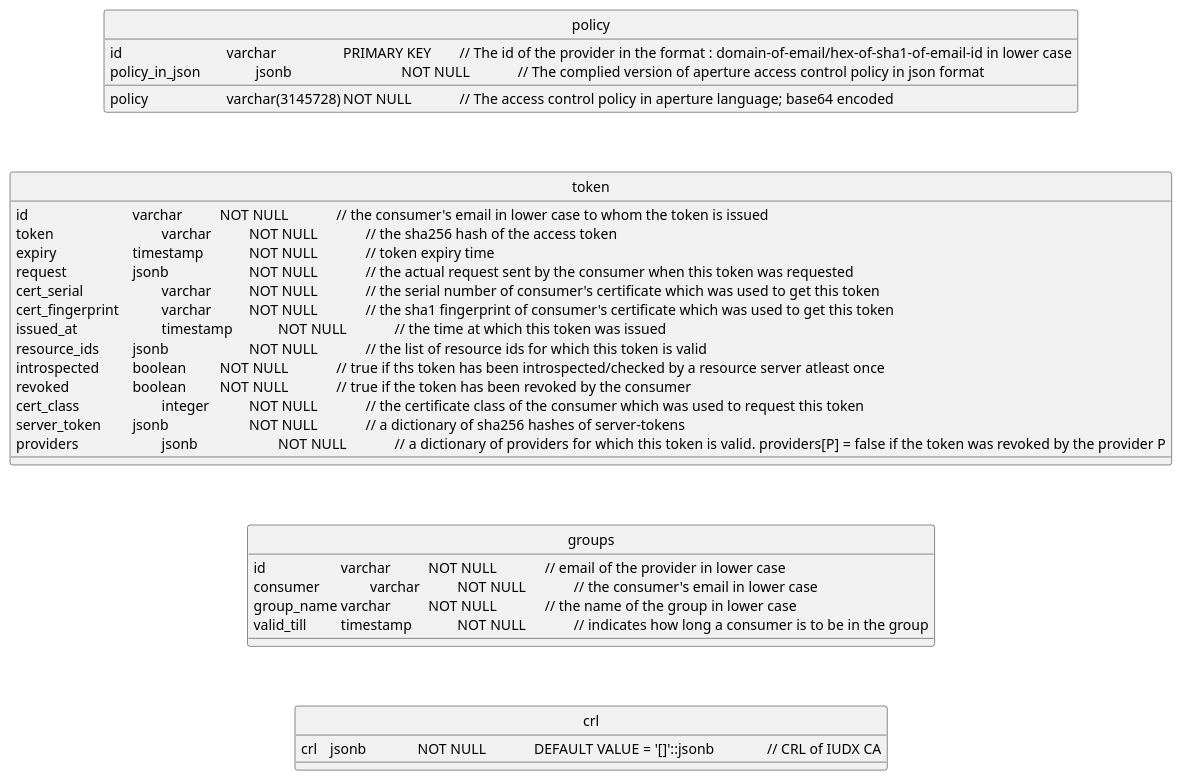
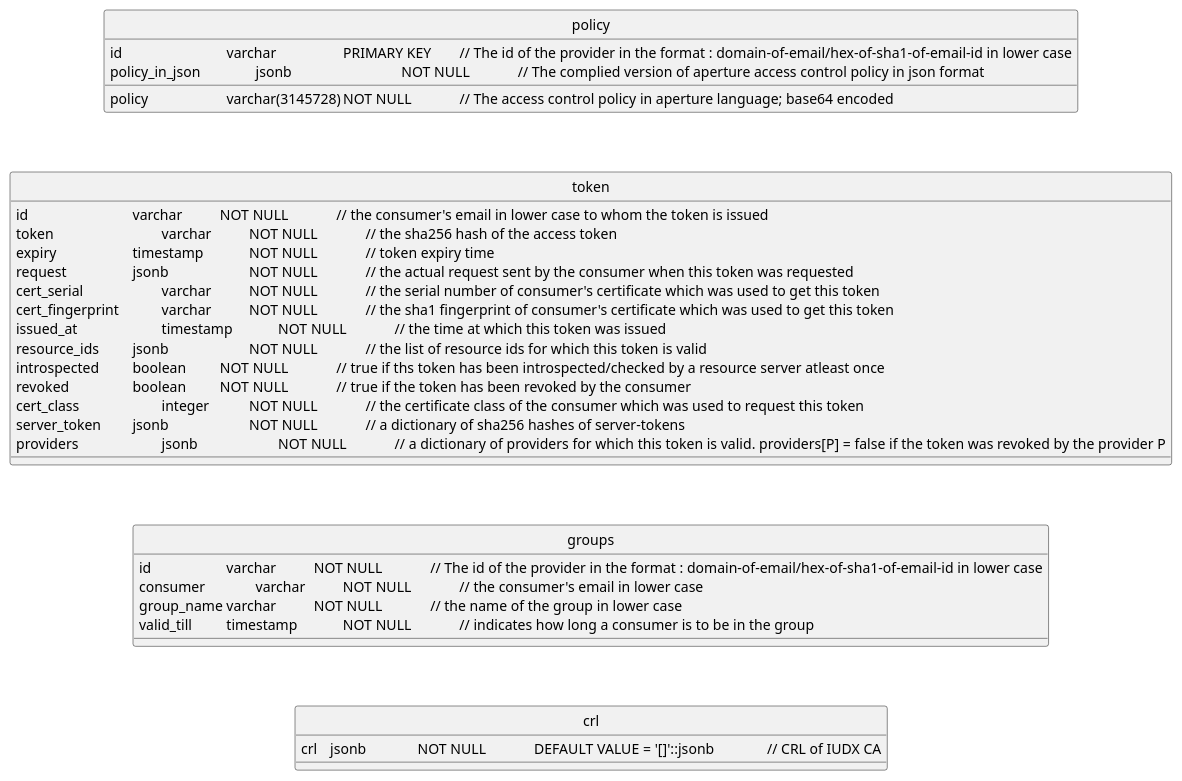
Before and after one commit to iudx/iudx-auth-server: the diagram in er.plantuml, drawn with PlantUML. The commit also changed 2 other files, not shown here.

```diff
--- a/er.plantuml
+++ b/er.plantuml
@@ -1,41 +1,41 @@
 @startuml
 skinparam monochrome true
 hide circle
 
 entity policy {
 	id				varchar			PRIMARY KEY	// The id of the provider in the format : domain-of-email/hex-of-sha1-of-email-id in lower case
 	policy			varchar(3145728)	NOT NULL		// The access control policy in aperture language; base64 encoded
 	policy_in_json		jsonb				NOT NULL		// The complied version of aperture access control policy in json format
 }
 
 entity token {
 	id				varchar		NOT NULL		// the consumer's email in lower case to whom the token is issued
 	token				varchar		NOT NULL		// the sha256 hash of the access token
 	expiry			timestamp		NOT NULL		// token expiry time
 	request			jsonb			NOT NULL		// the actual request sent by the consumer when this token was requested
 	cert_serial			varchar		NOT NULL		// the serial number of consumer's certificate which was used to get this token
 	cert_fingerprint		varchar		NOT NULL		// the sha1 fingerprint of consumer's certificate which was used to get this token 
 	issued_at			timestamp		NOT NULL		// the time at which this token was issued
 	resource_ids		jsonb			NOT NULL		// the list of resource ids for which this token is valid
 	introspected		boolean		NOT NULL		// true if ths token has been introspected/checked by a resource server atleast once
 	revoked			boolean		NOT NULL		// true if the token has been revoked by the consumer
 	cert_class			integer		NOT NULL		// the certificate class of the consumer which was used to request this token
 	server_token		jsonb			NOT NULL		// a dictionary of sha256 hashes of server-tokens
 	providers			jsonb			NOT NULL		// a dictionary of providers for which this token is valid. providers[P] = false if the token was revoked by the provider P
 }
 
 entity groups {
-	id			varchar		NOT NULL		// email of the provider in lower case
+	id			varchar		NOT NULL		// The id of the provider in the format : domain-of-email/hex-of-sha1-of-email-id in lower case
 	consumer		varchar		NOT NULL		// the consumer's email in lower case
 	group_name	varchar		NOT NULL		// the name of the group in lower case
 	valid_till		timestamp		NOT NULL		// indicates how long a consumer is to be in the group
 }
 
 entity crl {
 	crl	jsonb		NOT NULL		DEFAULT VALUE = '[]'::jsonb		// CRL of IUDX CA
 }
 
 policy -[hidden]- token 
 token -[hidden]- groups 
 groups -[hidden]- crl
 @enduml
```
